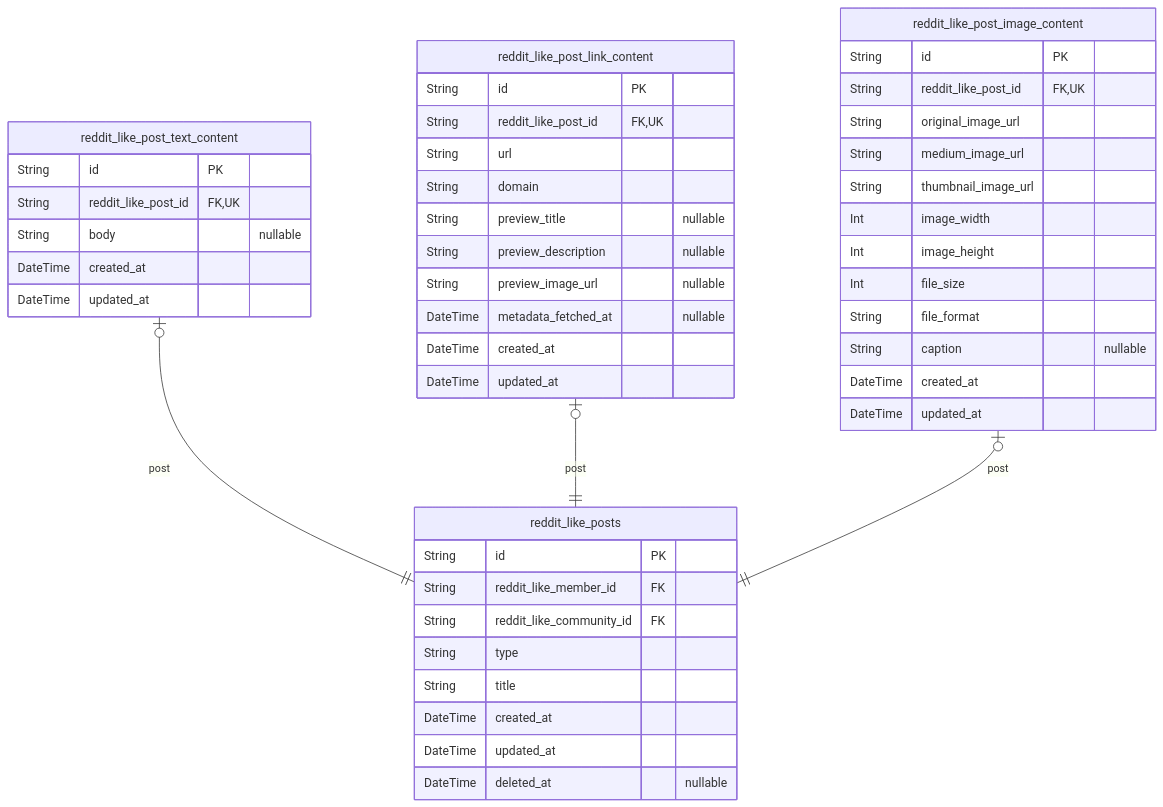
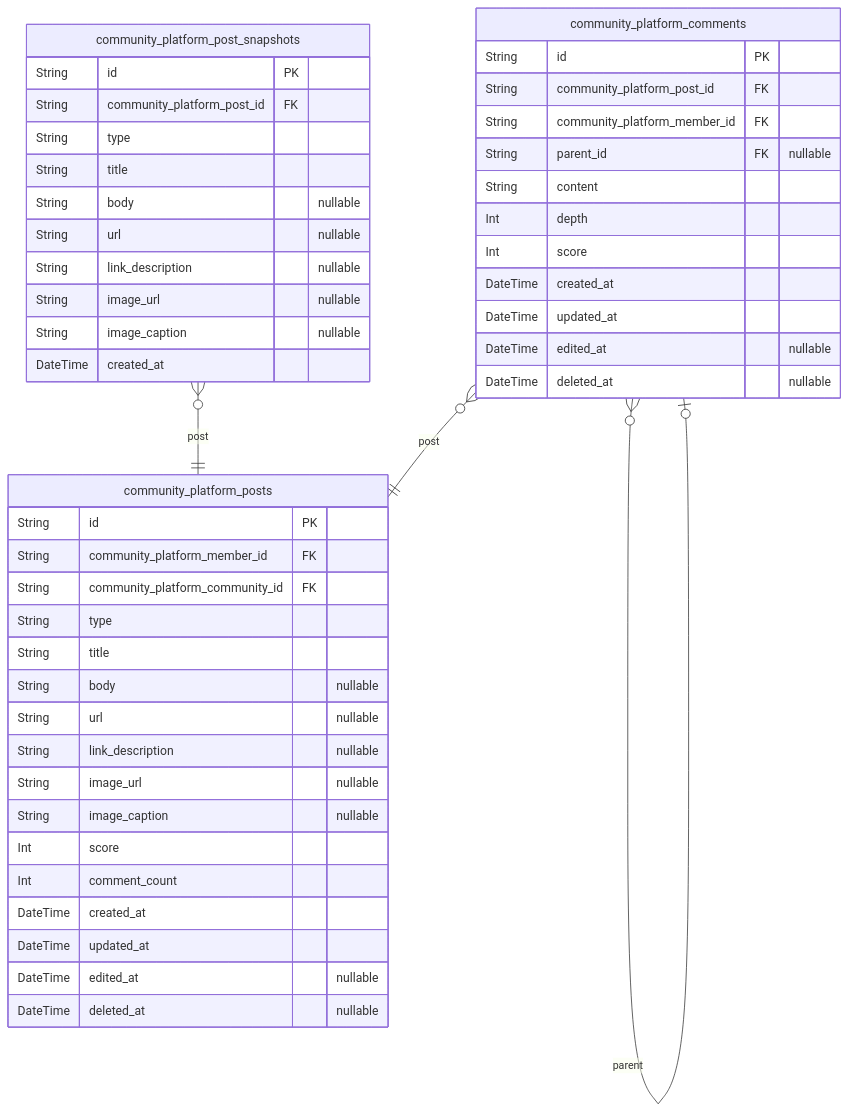
One commit to wrtnlabs/autobe-examples changed the fourth of 7 diagrams in anthropic/claude-sonnet-4.5/reddit/docs/ERD.md. Above: the diagram before and after it, drawn with Mermaid. The commit also changed other lines of this file and 16146 other files, not shown here.

````diff
--- a/anthropic/claude-sonnet-4.5/reddit/docs/ERD.md
+++ b/anthropic/claude-sonnet-4.5/reddit/docs/ERD.md
@@ -754,49 +624,49 @@
 ```mermaid
 erDiagram
-"reddit_like_posts" {
+"community_platform_posts" {
   String id PK
-  String reddit_like_member_id FK
-  String reddit_like_community_id FK
+  String community_platform_member_id FK
+  String community_platform_community_id FK
   String type
   String title
+  String body "nullable"
+  String url "nullable"
+  String link_description "nullable"
+  String image_url "nullable"
+  String image_caption "nullable"
+  Int score
+  Int comment_count
   DateTime created_at
   DateTime updated_at
+  DateTime edited_at "nullable"
   DateTime deleted_at "nullable"
 }
-"reddit_like_post_text_content" {
+"community_platform_post_snapshots" {
   String id PK
-  String reddit_like_post_id FK,UK
+  String community_platform_post_id FK
+  String type
+  String title
   String body "nullable"
+  String url "nullable"
+  String link_description "nullable"
+  String image_url "nullable"
+  String image_caption "nullable"
+  DateTime created_at
+}
+"community_platform_comments" {
+  String id PK
+  String community_platform_post_id FK
+  String community_platform_member_id FK
+  String parent_id FK "nullable"
+  String content
+  Int depth
+  Int score
   DateTime created_at
   DateTime updated_at
+  DateTime edited_at "nullable"
+  DateTime deleted_at "nullable"
 }
-"reddit_like_post_link_content" {
-  String id PK
-  String reddit_like_post_id FK,UK
-  String url
-  String domain
-  String preview_title "nullable"
-  String preview_description "nullable"
-  String preview_image_url "nullable"
-  DateTime metadata_fetched_at "nullable"
-  DateTime created_at
-  DateTime updated_at
-}
-"reddit_like_post_image_content" {
-  String id PK
-  String reddit_like_post_id FK,UK
-  String original_image_url
-  String medium_image_url
-  String thumbnail_image_url
-  Int image_width
-  Int image_height
-  Int file_size
-  String file_format
-  String caption "nullable"
-  DateTime created_at
-  DateTime updated_at
-}
-"reddit_like_post_text_content" |o--|| "reddit_like_posts" : post
-"reddit_like_post_link_content" |o--|| "reddit_like_posts" : post
-"reddit_like_post_image_content" |o--|| "reddit_like_posts" : post
+"community_platform_post_snapshots" }o--|| "community_platform_posts" : post
+"community_platform_comments" }o--|| "community_platform_posts" : post
+"community_platform_comments" }o--o| "community_platform_comments" : parent
 ```
````
